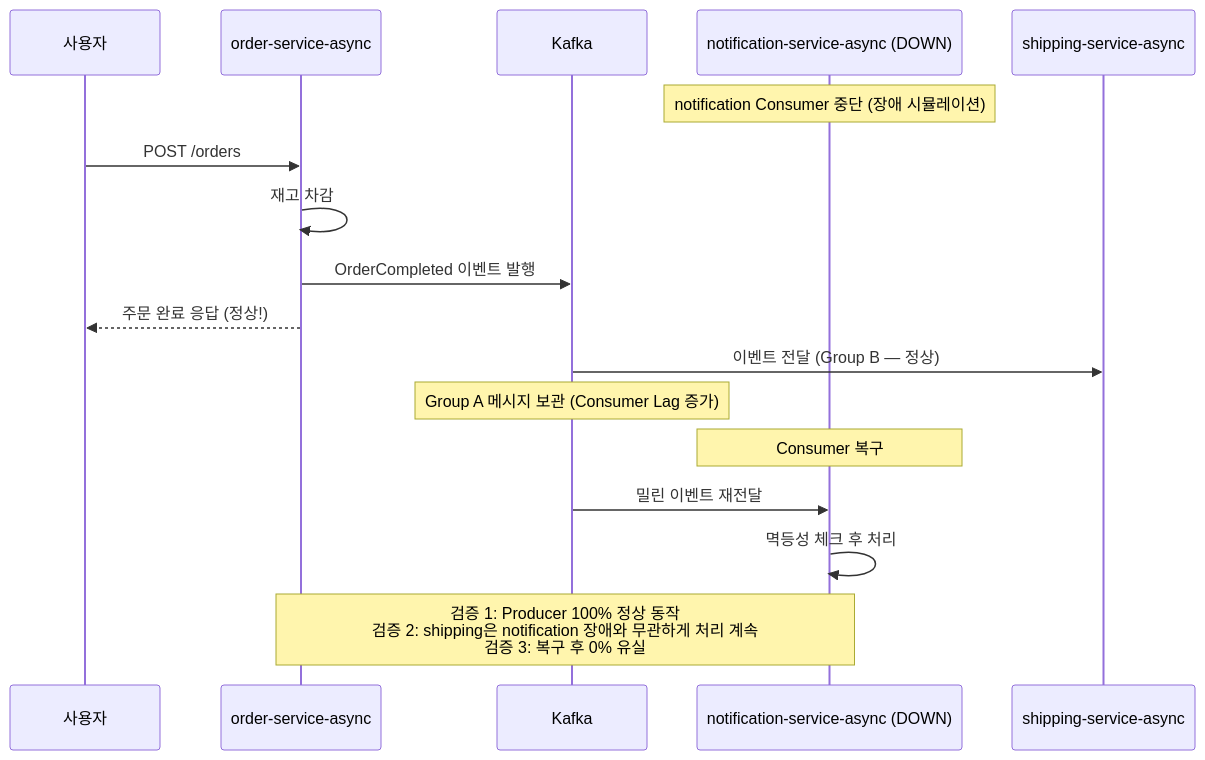
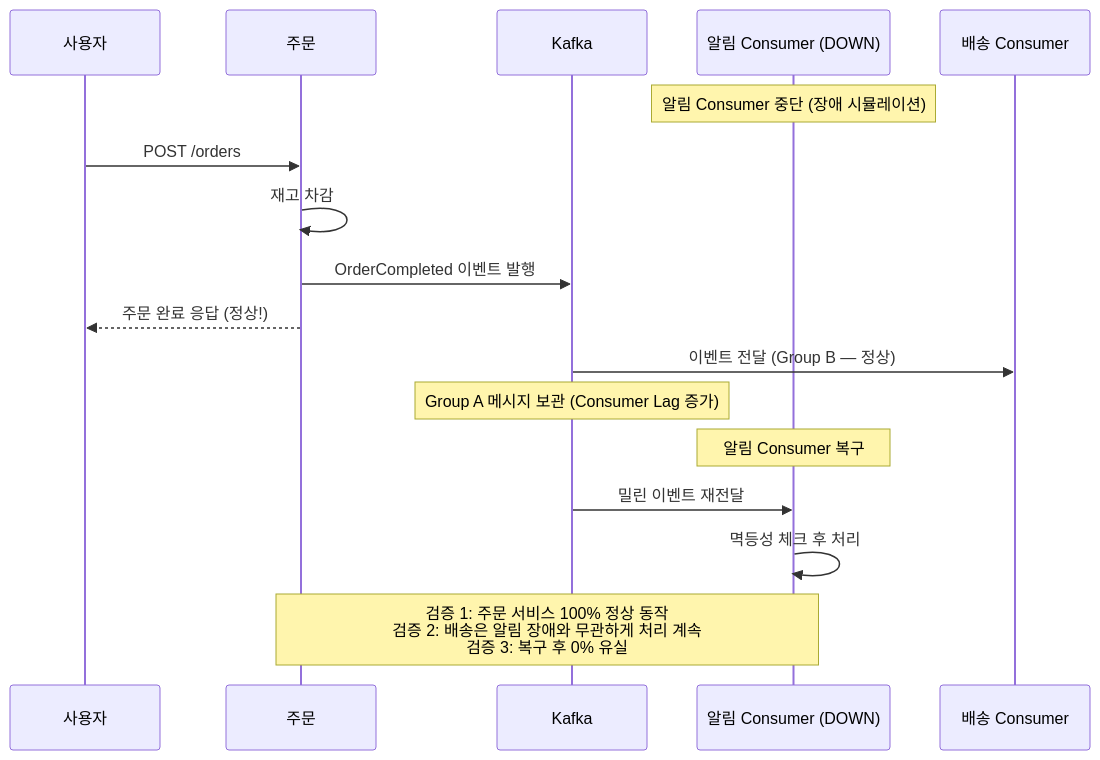
One commit to JuJin1324/eda-poc changed the fourth of 5 diagrams in docs/how-diagram.md. Above: the diagram before and after it, drawn with Mermaid. The commit also changed other lines of this file, not shown here.

First line of the commit message:
docs: refine how-diagram for consistency — blocking vs fan-out framing

````diff
--- a/docs/how-diagram.md
+++ b/docs/how-diagram.md
@@ -113,25 +114,25 @@
 ```mermaid
 sequenceDiagram
     participant User as 사용자
-    participant OA as order-service-async
+    participant OA as 주문
     participant K as Kafka
-    participant NS as notification-service-async (DOWN)
-    participant SS as shipping-service-async
+    participant NA as 알림 Consumer (DOWN)
+    participant SA as 배송 Consumer
 
-    Note over NS: notification Consumer 중단 (장애 시뮬레이션)
+    Note over NA: 알림 Consumer 중단 (장애 시뮬레이션)
 
     User->>OA: POST /orders
     OA->>OA: 재고 차감
     OA->>K: OrderCompleted 이벤트 발행
     OA-->>User: 주문 완료 응답 (정상!)
 
-    K->>SS: 이벤트 전달 (Group B — 정상)
+    K->>SA: 이벤트 전달 (Group B — 정상)
     Note over K: Group A 메시지 보관 (Consumer Lag 증가)
 
-    Note over NS: Consumer 복구
+    Note over NA: 알림 Consumer 복구
 
-    K->>NS: 밀린 이벤트 재전달
-    NS->>NS: 멱등성 체크 후 처리
+    K->>NA: 밀린 이벤트 재전달
+    NA->>NA: 멱등성 체크 후 처리
 
-    Note over OA,NS: 검증 1: Producer 100% 정상 동작<br/>검증 2: shipping은 notification 장애와 무관하게 처리 계속<br/>검증 3: 복구 후 0% 유실
+    Note over OA,NA: 검증 1: 주문 서비스 100% 정상 동작<br/>검증 2: 배송은 알림 장애와 무관하게 처리 계속<br/>검증 3: 복구 후 0% 유실
 ```
````
